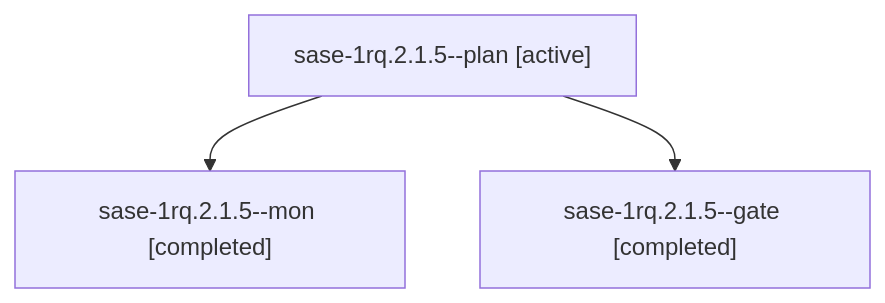
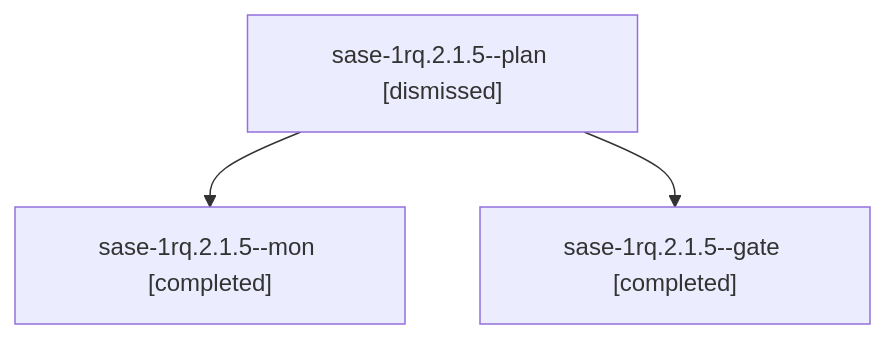
One commit to sase-org/sase--agents changed the diagram in sessions/bbugyi200.athena.sase-1rq.2.1.5.md. Above: the diagram before and after it, drawn with Mermaid. The commit also changed other lines of this file and 204 other files, not shown here.

````diff
--- a/sessions/bbugyi200.athena.sase-1rq.2.1.5.md
+++ b/sessions/bbugyi200.athena.sase-1rq.2.1.5.md
@@ -9,8 +9,8 @@
 ```mermaid
 flowchart TD
-  n0["sase-1rq.2.1.5--plan [active]"]
+  n0["sase-1rq.2.1.5--plan [dismissed]"]
   n1["sase-1rq.2.1.5--mon [completed]"]
   n0 --> n1
   n2["sase-1rq.2.1.5--gate [completed]"]
   n0 --> n2
 ```
````
